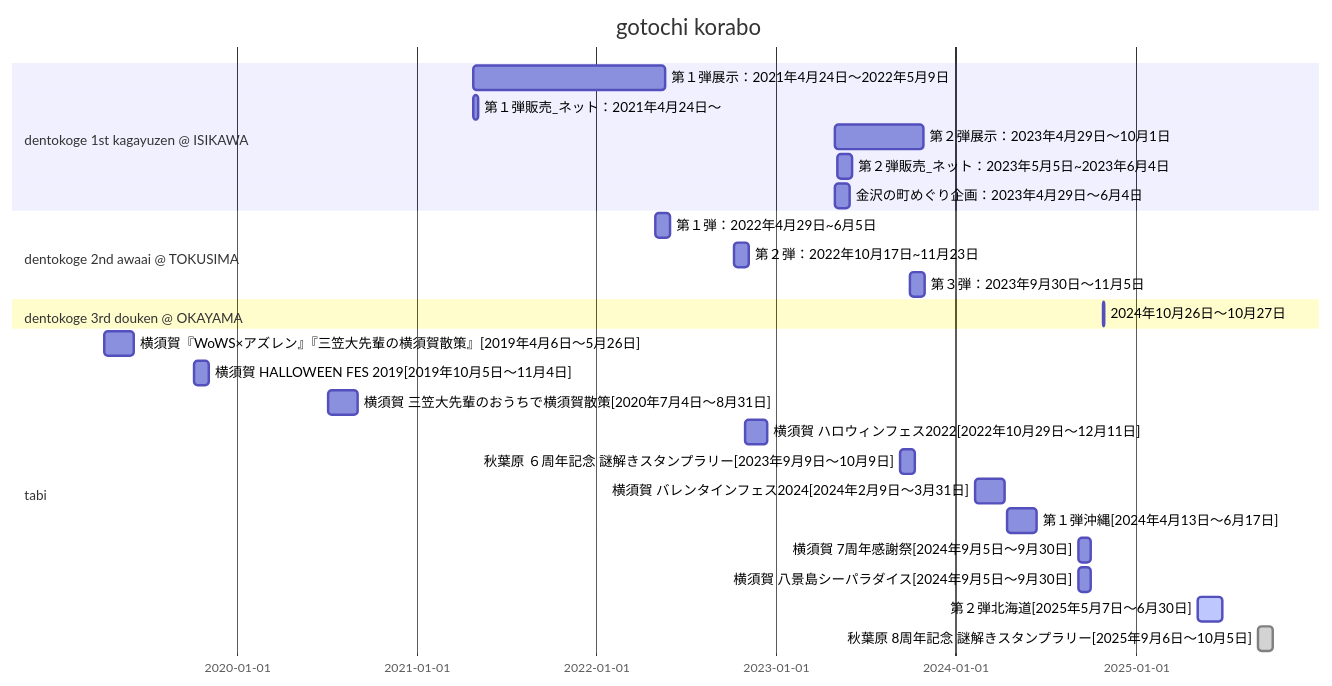
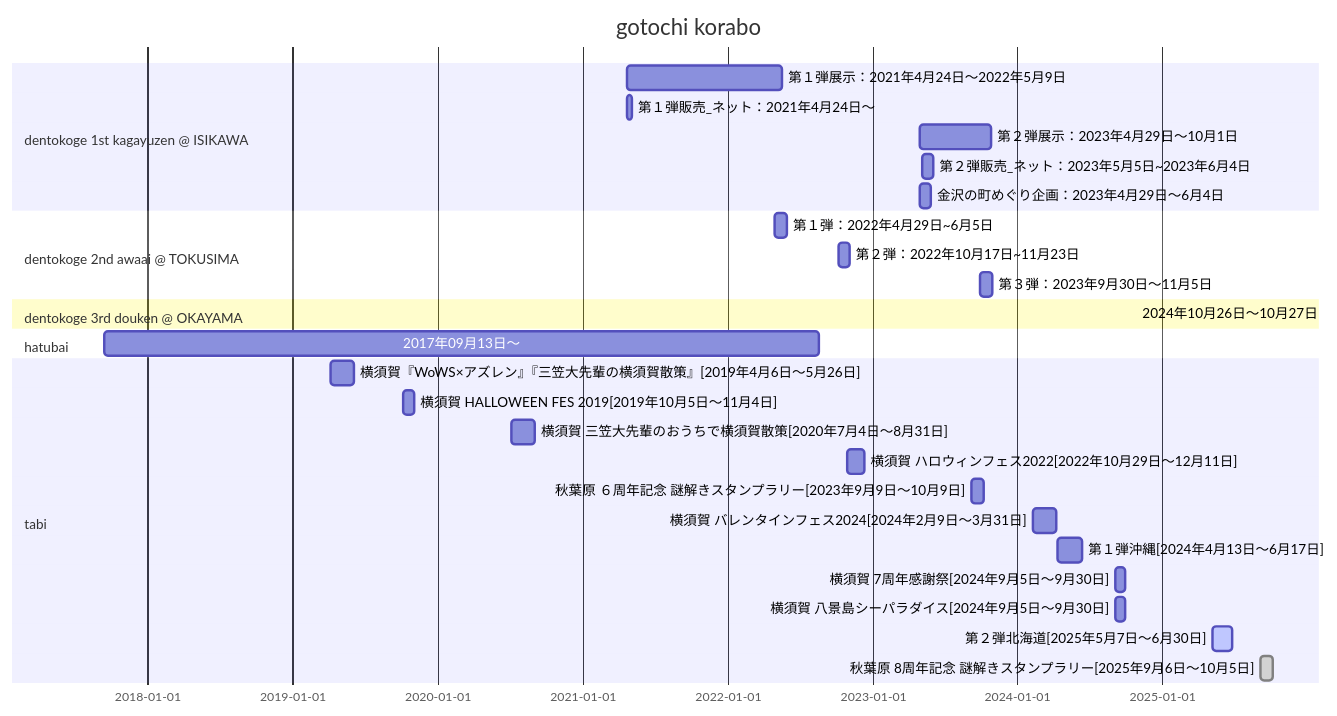
The diagram in 정리_세계시간.md (JihongNMI/SQL-and-Java), drawn with Mermaid before and after one commit.

````diff
--- a/정리_세계시간.md
+++ b/정리_세계시간.md
@@ -1,40 +1,43 @@
 ```mermaid
 gantt
     title gotochi korabo
     dateFormat  YYYY-MM-DD
 
     section dentokoge 1st kagayuzen @ ISIKAWA
     第１弾展示：2021年4月24日～2022年5月9日    :    2021-04-24, 390d
     第１弾販売_ネット：2021年4月24日～    :    2021-04-24, 10d
     
     第２弾展示：2023年4月29日～10月1日    :    2023-04-29, 180d
     第２弾販売_ネット：2023年5月5日~2023年6月4日    :    2023-05-05, 30d
     金沢の町めぐり企画：2023年4月29日～6月4日    :    2023-04-29, 30d
 
     section dentokoge 2nd awaai @ TOKUSIMA
     第１弾：2022年4月29日~6月5日    :    2022-04-29, 30d
     第２弾：2022年10月17日~11月23日    :    2022-10-07, 30d
     第３弾：2023年9月30日～11月5日    :    2023-09-30, 30d
 
     section dentokoge 3rd douken @ OKAYAMA
     2024年10月26日～10月27日    :    2024-10-26, 2d
 
+    section hatubai
+    2017年09月13日～    :    2017-09-13, 1800d
+
     section tabi
     横須賀『WoWS×アズレン』『三笠大先輩の横須賀散策』[2019年4月6日～5月26日]    :    2019-04-06, 60d
     横須賀 HALLOWEEN FES 2019[2019年10月5日～11月4日]    :    2019-10-05, 30d
 
     横須賀 三笠大先輩のおうちで横須賀散策[2020年7月4日～8月31日]    :    2020-07-04, 60d
 
     横須賀 ハロウィンフェス2022[2022年10月29日～12月11日]    :    2022-10-29, 45d
 
     秋葉原 ６周年記念 謎解きスタンプラリー[2023年9月9日～10月9日]    :    2023-09-09, 30d
 
     横須賀 バレンタインフェス2024[2024年2月9日～3月31日]    :    2024-02-09, 60d
     第１弾沖縄[2024年4月13日～6月17日]    :    2024-04-13, 60d
     横須賀 7周年感謝祭[2024年9月5日～9月30日]    :    2024-09-05, 25d
     横須賀 八景島シーパラダイス[2024年9月5日～9月30日]    :    2024-09-05, 25d
 
     第２弾北海道[2025年5月7日～6月30日]    :    active, 2025-05-07, 50d
     秋葉原 8周年記念 謎解きスタンプラリー[2025年9月6日～10月5日]    :    done, 2025-09-06, 30d
 
 ```
````
